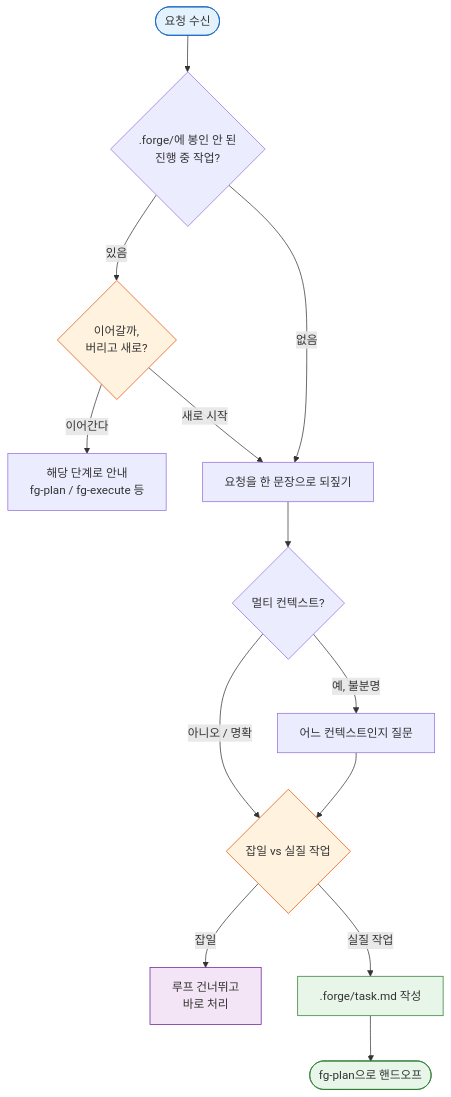
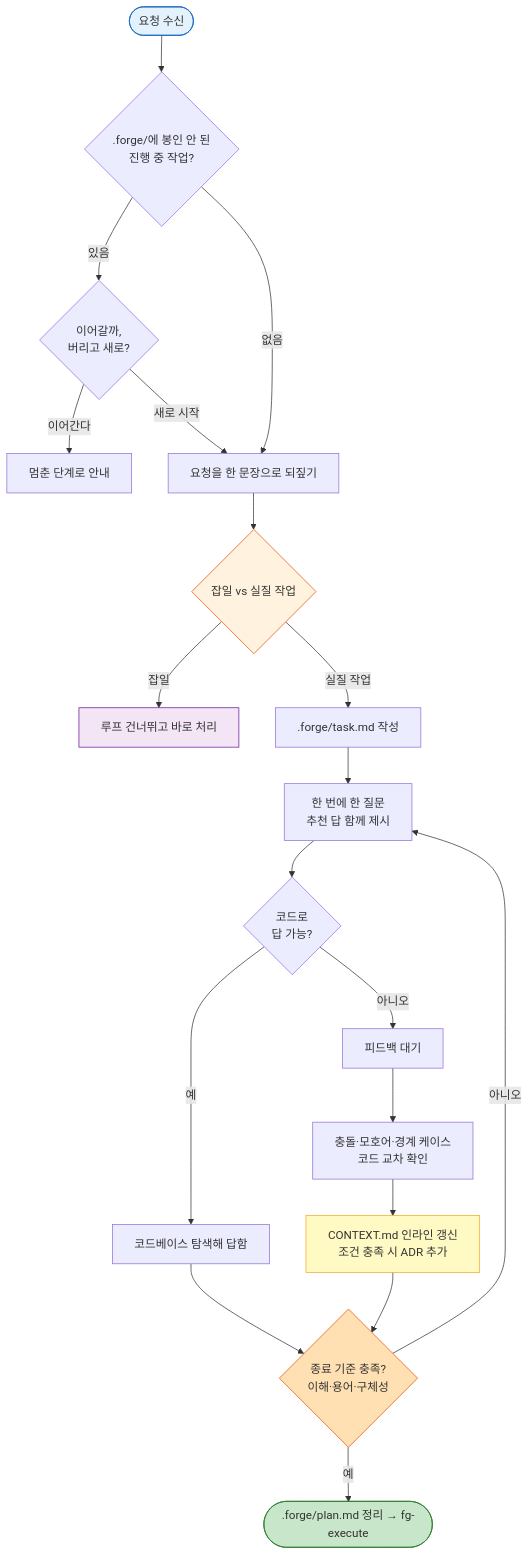
The diagram in skills/fg-ask/SKILL.md (gyuha/forge), drawn with Mermaid before and after one commit. The commit also changed other lines of this file and 9 other files, not shown here.

First line of the commit message:
refactor: fg-ask와 fg-plan 통합, grill-with-docs 원문 verbatim 포함

````diff
--- a/skills/fg-ask/SKILL.md
+++ b/skills/fg-ask/SKILL.md
@@ -43,22 +141,28 @@
 ```mermaid
 flowchart TD
-    start([요청 수신]) --> check{".forge/에 봉인 안 된<br/>진행 중 작업?"}
-    check -->|있음| conflict{"이어갈까,<br/>버리고 새로?"}
-    conflict -->|이어간다| resume[해당 단계로 안내<br/>fg-plan / fg-execute 등]
-    conflict -->|새로 시작| restate
-    check -->|없음| restate[요청을 한 문장으로 되짚기]
-    restate --> ctx{"멀티 컨텍스트?"}
-    ctx -->|예, 불분명| askctx[어느 컨텍스트인지 질문]
-    ctx -->|아니오 / 명확| classify
-    askctx --> classify{"잡일 vs 실질 작업"}
-    classify -->|잡일| chore[루프 건너뛰고<br/>바로 처리]
-    classify -->|실질 작업| writetask[".forge/task.md 작성"]
-    writetask --> handoff([fg-plan으로 핸드오프])
+    Start([요청 수신]) --> Conflict{".forge/에 봉인 안 된<br/>진행 중 작업?"}
+    Conflict -->|있음| Choose{"이어갈까,<br/>버리고 새로?"}
+    Choose -->|이어간다| Resume[멈춘 단계로 안내]
+    Choose -->|새로 시작| Restate
+    Conflict -->|없음| Restate[요청을 한 문장으로 되짚기]
+    Restate --> Class{"잡일 vs 실질 작업"}
+    Class -->|잡일| Chore[루프 건너뛰고 바로 처리]
+    Class -->|실질 작업| Task[".forge/task.md 작성"]
+    Task --> Q[한 번에 한 질문<br/>추천 답 함께 제시]
+    Q --> Code{코드로<br/>답 가능?}
+    Code -->|예| Explore[코드베이스 탐색해 답함]
+    Code -->|아니오| Wait[피드백 대기]
+    Explore --> Check
+    Wait --> Grill[충돌·모호어·경계 케이스<br/>코드 교차 확인]
+    Grill --> Update[CONTEXT.md 인라인 갱신<br/>조건 충족 시 ADR 추가]
+    Update --> Check{종료 기준 충족?<br/>이해·용어·구체성}
+    Check -->|아니오| Q
+    Check -->|예| Done([.forge/plan.md 정리 → fg-execute])
 
-    style start fill:#e3f2fd,stroke:#1565c0
-    style conflict fill:#fff3e0,stroke:#e65100
-    style classify fill:#fff3e0,stroke:#e65100
-    style chore fill:#f3e5f5,stroke:#6a1b9a
-    style writetask fill:#e8f5e9,stroke:#2e7d32
-    style handoff fill:#e8f5e9,stroke:#2e7d32
+    style Start fill:#e3f2fd,stroke:#1565c0
+    style Class fill:#fff3e0,stroke:#e65100
+    style Chore fill:#f3e5f5,stroke:#6a1b9a
+    style Update fill:#fff9c4,stroke:#f9a825
+    style Check fill:#ffe0b2,stroke:#e65100
+    style Done fill:#c8e6c9,stroke:#2e7d32
 ```
````
